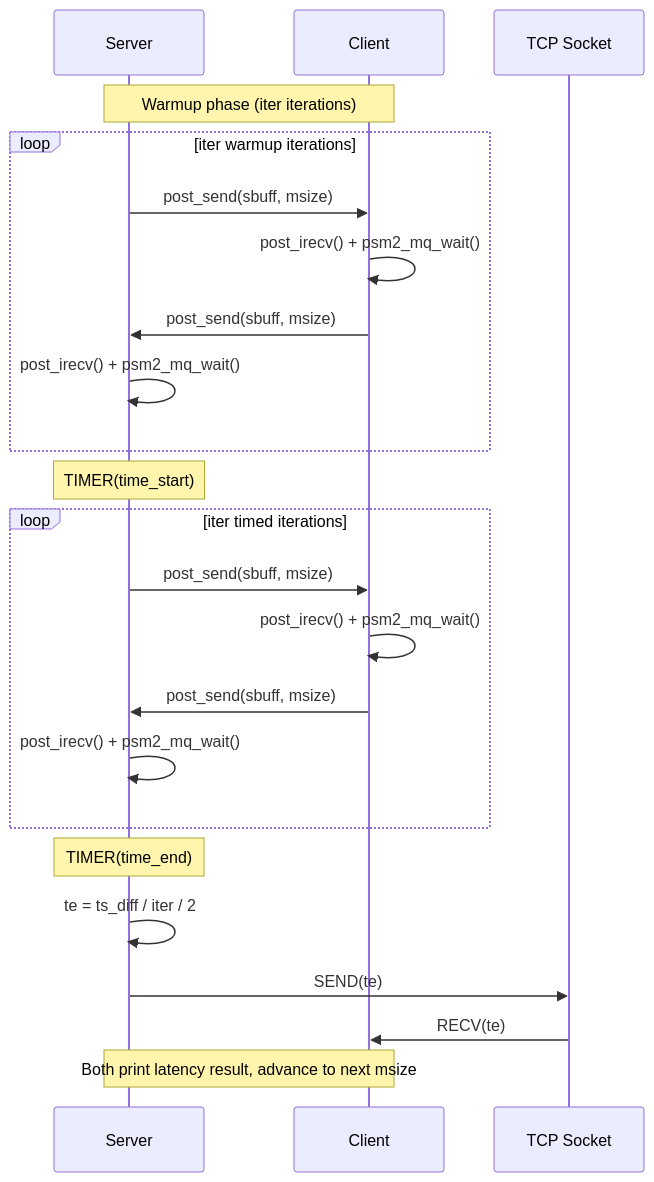
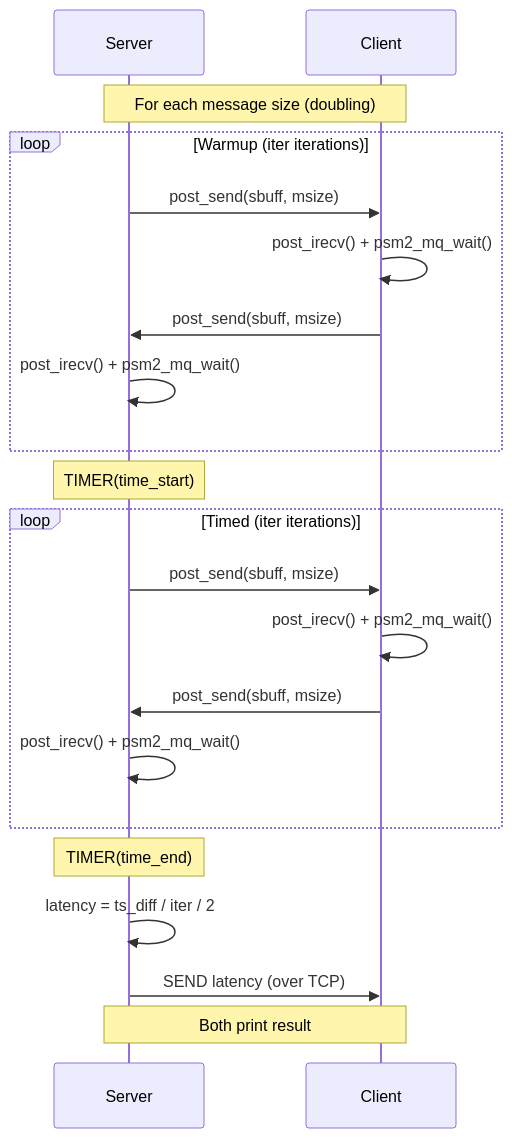
Before and after one commit to cornelisnetworks/opa-psm2-tests: the third of 4 diagrams in docs/opa-psm2-tests.md, drawn with Mermaid. The commit also changed other lines of this file, not shown here.

````diff
--- a/docs/opa-psm2-tests.md
+++ b/docs/opa-psm2-tests.md
@@ -80,28 +82,27 @@
 ```mermaid
 sequenceDiagram
     participant Server
     participant Client
-    participant TCP as TCP Socket
 
-    Note over Server,Client: Warmup phase (iter iterations)
-    loop iter warmup iterations
+    Note over Server,Client: For each message size (doubling)
+    
+    loop Warmup (iter iterations)
         Server->>Client: post_send(sbuff, msize)
         Client->>Client: post_irecv() + psm2_mq_wait()
         Client->>Server: post_send(sbuff, msize)
         Server->>Server: post_irecv() + psm2_mq_wait()
     end
 
     Note over Server: TIMER(time_start)
-    loop iter timed iterations
+    loop Timed (iter iterations)
         Server->>Client: post_send(sbuff, msize)
         Client->>Client: post_irecv() + psm2_mq_wait()
         Client->>Server: post_send(sbuff, msize)
         Server->>Server: post_irecv() + psm2_mq_wait()
     end
     Note over Server: TIMER(time_end)
 
-    Server->>Server: te = ts_diff / iter / 2
-    Server->>TCP: SEND(te)
-    TCP->>Client: RECV(te)
-    Note over Server,Client: Both print latency result, advance to next msize
+    Server->>Server: latency = ts_diff / iter / 2
+    Server->>Client: SEND latency (over TCP)
+    Note over Server,Client: Both print result
 ```
````
